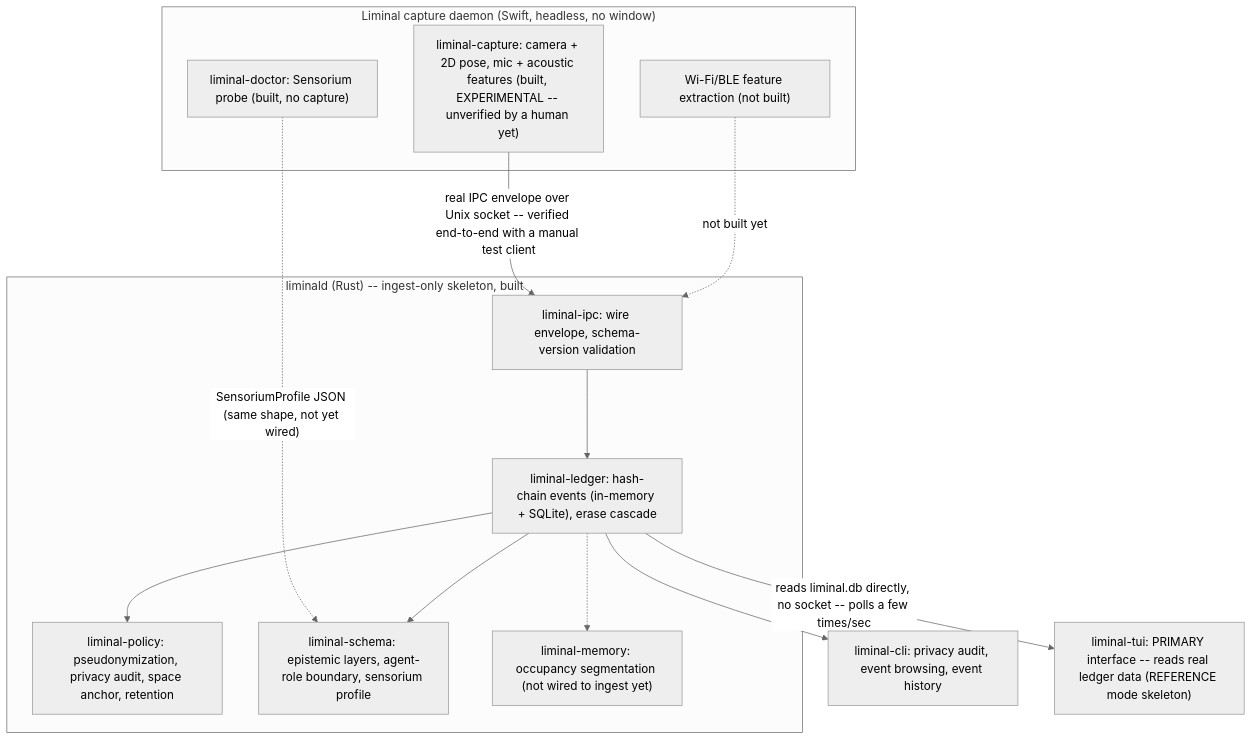
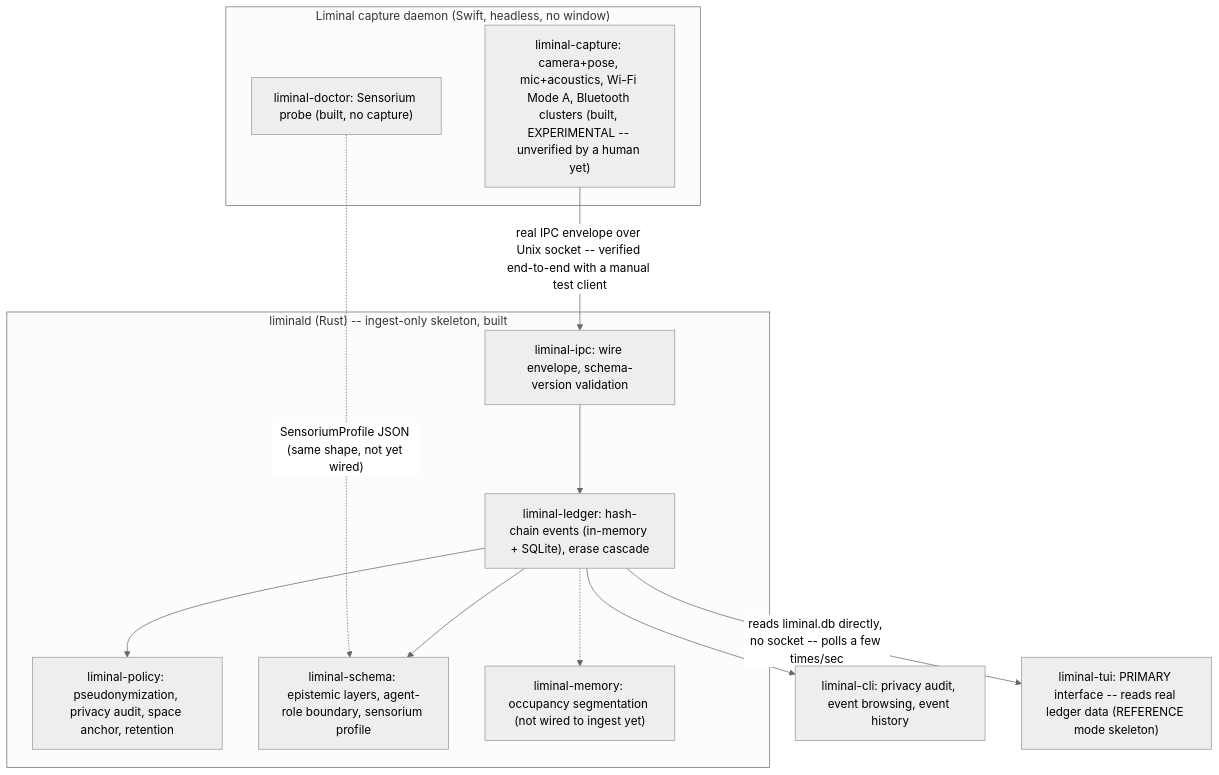
One commit to randyren278/liminal changed the diagram in docs/ARCHITECTURE.md. Above: the diagram before and after it, drawn with Mermaid (neutral theme). The commit also changed other lines of this file and 12 other files, not shown here.

````diff
--- a/docs/ARCHITECTURE.md
+++ b/docs/ARCHITECTURE.md
@@ -19,27 +19,25 @@
 ```mermaid
 flowchart TB
     subgraph Swift["Liminal capture daemon (Swift, headless, no window)"]
         Doctor["liminal-doctor: Sensorium probe (built, no capture)"]
-        Sensors["liminal-capture: camera + 2D pose, mic + acoustic features (built, EXPERIMENTAL -- unverified by a human yet)"]
-        Extract["Wi-Fi/BLE feature extraction (not built)"]
+        Sensors["liminal-capture: camera+pose, mic+acoustics, Wi-Fi Mode A, Bluetooth clusters (built, EXPERIMENTAL -- unverified by a human yet)"]
     end
     subgraph Rust["liminald (Rust) -- ingest-only skeleton, built"]
         IPC["liminal-ipc: wire envelope, schema-version validation"]
         Ledger["liminal-ledger: hash-chain events (in-memory + SQLite), erase cascade"]
         Policy["liminal-policy: pseudonymization, privacy audit, space anchor, retention"]
         Schema["liminal-schema: epistemic layers, agent-role boundary, sensorium profile"]
         Memory["liminal-memory: occupancy segmentation (not wired to ingest yet)"]
     end
     CLI["liminal-cli: privacy audit, event browsing, event history"]
     TUI["liminal-tui: PRIMARY interface -- reads real ledger data (REFERENCE mode skeleton)"]
 
     Doctor -.->|"SensoriumProfile JSON (same shape, not yet wired)"| Schema
     Sensors -->|"real IPC envelope over Unix socket -- verified end-to-end with a manual test client"| IPC
-    Extract -.->|"not built yet"| IPC
     IPC --> Ledger
     Ledger --> Policy
     Ledger --> Schema
     Ledger -.-> Memory
     Ledger --> CLI
     Ledger -->|"reads liminal.db directly, no socket -- polls a few times/sec"| TUI
 ```
````
